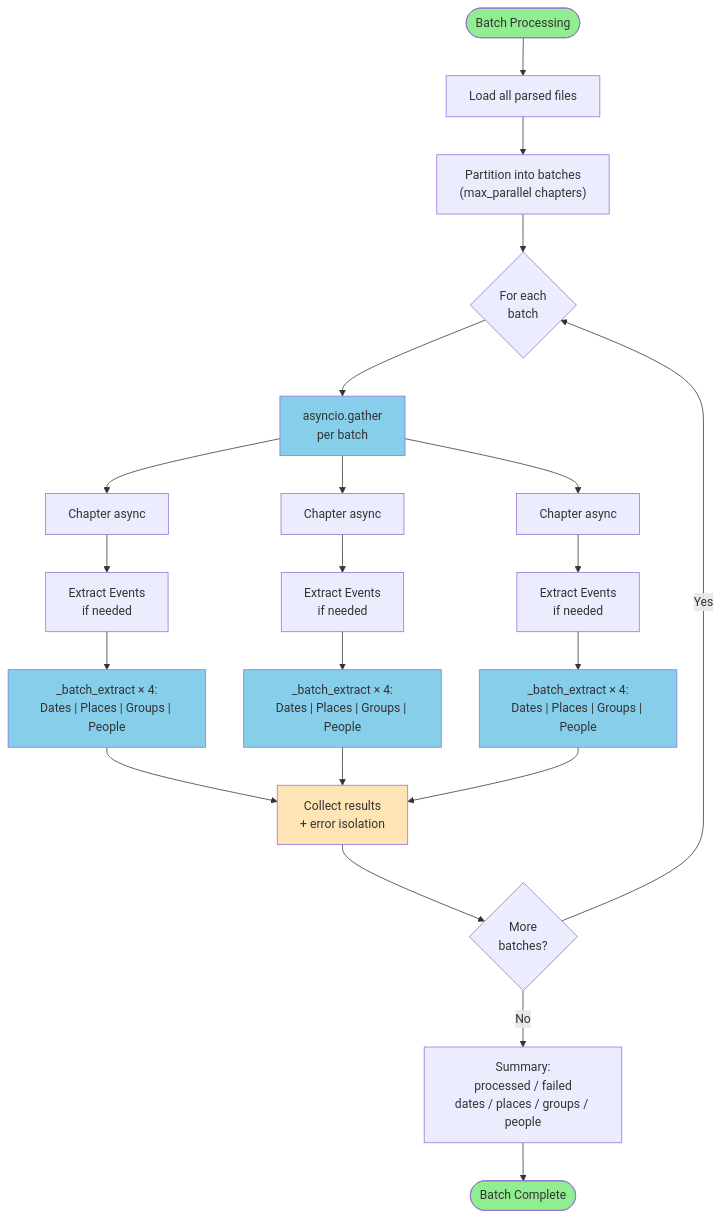
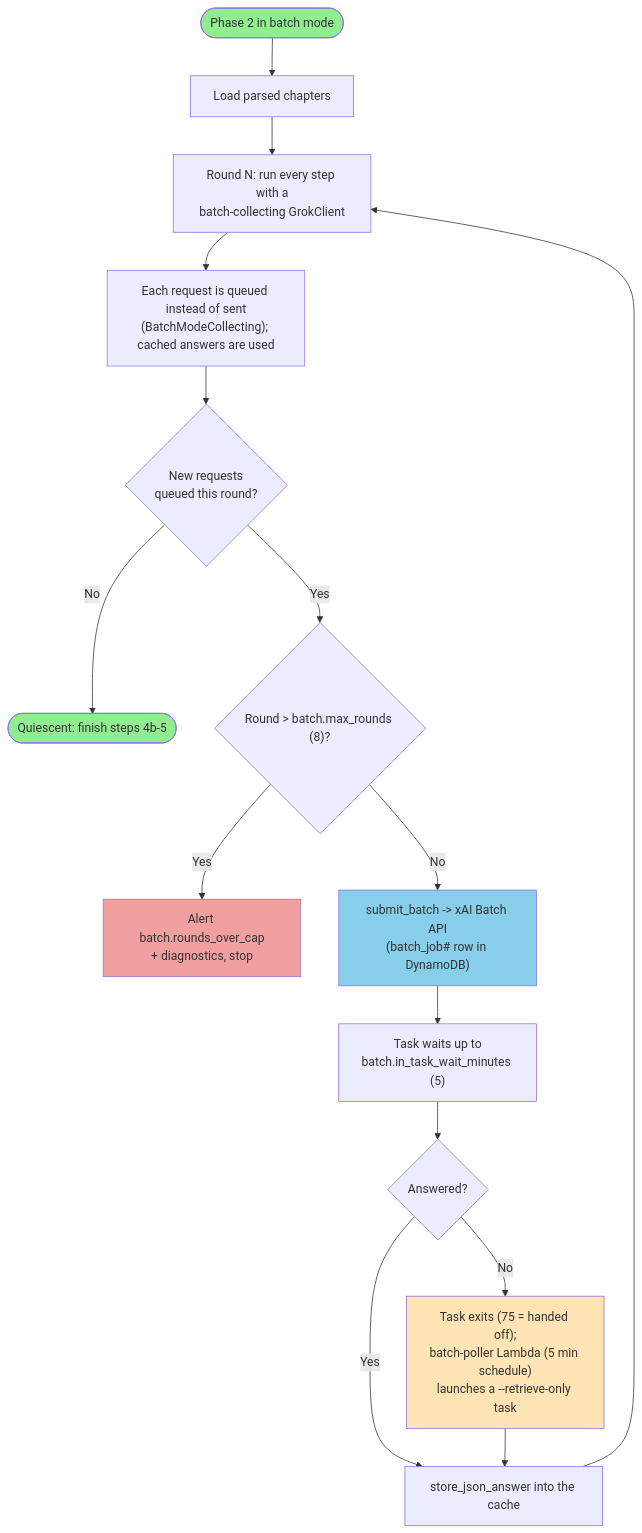
Before and after one commit to elasticfusion/SecondWorldWarAsData: the ninth of 12 diagrams in docs/current/core/WORKFLOW_DIAGRAMS.md, drawn with Mermaid. The commit also changed other lines of this file and 8043 other files, not shown here.

````diff
--- a/docs/current/core/WORKFLOW_DIAGRAMS.md
+++ b/docs/current/core/WORKFLOW_DIAGRAMS.md
@@ -297,38 +332,23 @@
 ```mermaid
 flowchart TD
-    Start([Batch Processing]) --> LoadFiles[Load all parsed files]
-    LoadFiles --> Partition["Partition into batches<br/>(max_parallel chapters)"]
-    
-    Partition --> ForEachBatch{For each<br/>batch}
-    ForEachBatch --> Async["asyncio.gather<br/>per batch"]
-    
-    Async --> ChA[Chapter async]
-    Async --> ChB[Chapter async]
-    Async --> ChC[Chapter async]
-    
-    ChA --> EvA[Extract Events<br/>if needed]
-    ChB --> EvB[Extract Events<br/>if needed]
-    ChC --> EvC[Extract Events<br/>if needed]
-    
-    EvA --> GatherA["_batch_extract × 4:<br/>Dates | Places | Groups | People"]
-    EvB --> GatherB["_batch_extract × 4:<br/>Dates | Places | Groups | People"]
-    EvC --> GatherC["_batch_extract × 4:<br/>Dates | Places | Groups | People"]
-    
-    GatherA --> Collect[Collect results<br/>+ error isolation]
-    GatherB --> Collect
-    GatherC --> Collect
-    
-    Collect --> NextBatch{More<br/>batches?}
-    NextBatch -->|Yes| ForEachBatch
-    NextBatch -->|No| Summary["Summary:<br/>processed / failed<br/>dates / places / groups / people"]
-    
-    Summary --> End([Batch Complete])
-    
+    Start([Phase 2 in batch mode]) --> LoadFiles[Load parsed chapters]
+    LoadFiles --> Round["Round N: run every step with a<br/>batch-collecting GrokClient"]
+    Round --> Collect["Each request is queued instead of sent<br/>(BatchModeCollecting); cached answers are used"]
+    Collect --> Any{"New requests<br/>queued this round?"}
+    Any -->|No| Done([Quiescent: finish steps 4b-5])
+    Any -->|Yes| Cap{"Round > batch.max_rounds (8)?"}
+    Cap -->|Yes| Alert["Alert batch.rounds_over_cap<br/>+ diagnostics, stop"]
+    Cap -->|No| Submit["submit_batch -> xAI Batch API<br/>(batch_job# row in DynamoDB)"]
+    Submit --> Wait["Task waits up to<br/>batch.in_task_wait_minutes (5)"]
+    Wait --> Answered{Answered?}
+    Answered -->|Yes| Store["store_json_answer into the cache"]
+    Answered -->|No| Handoff["Task exits (75 = handed off);<br/>batch-poller Lambda (5 min schedule)<br/>launches a --retrieve-only task"]
+    Handoff --> Store
+    Store --> Round
+
     style Start fill:#90EE90
-    style End fill:#90EE90
-    style Async fill:#87CEEB
-    style GatherA fill:#87CEEB
-    style GatherB fill:#87CEEB
-    style GatherC fill:#87CEEB
-    style Collect fill:#FFE4B5
+    style Done fill:#90EE90
+    style Submit fill:#87CEEB
+    style Handoff fill:#FFE4B5
+    style Alert fill:#F0A0A0
 ```
````
